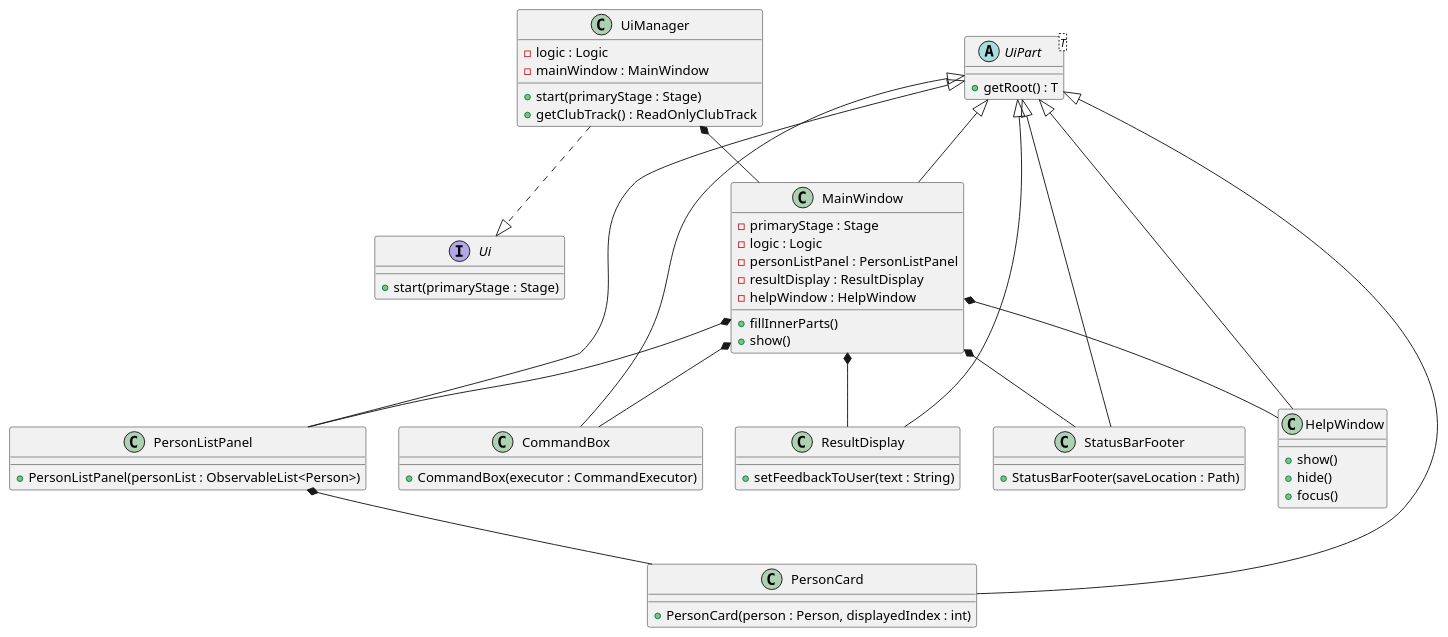
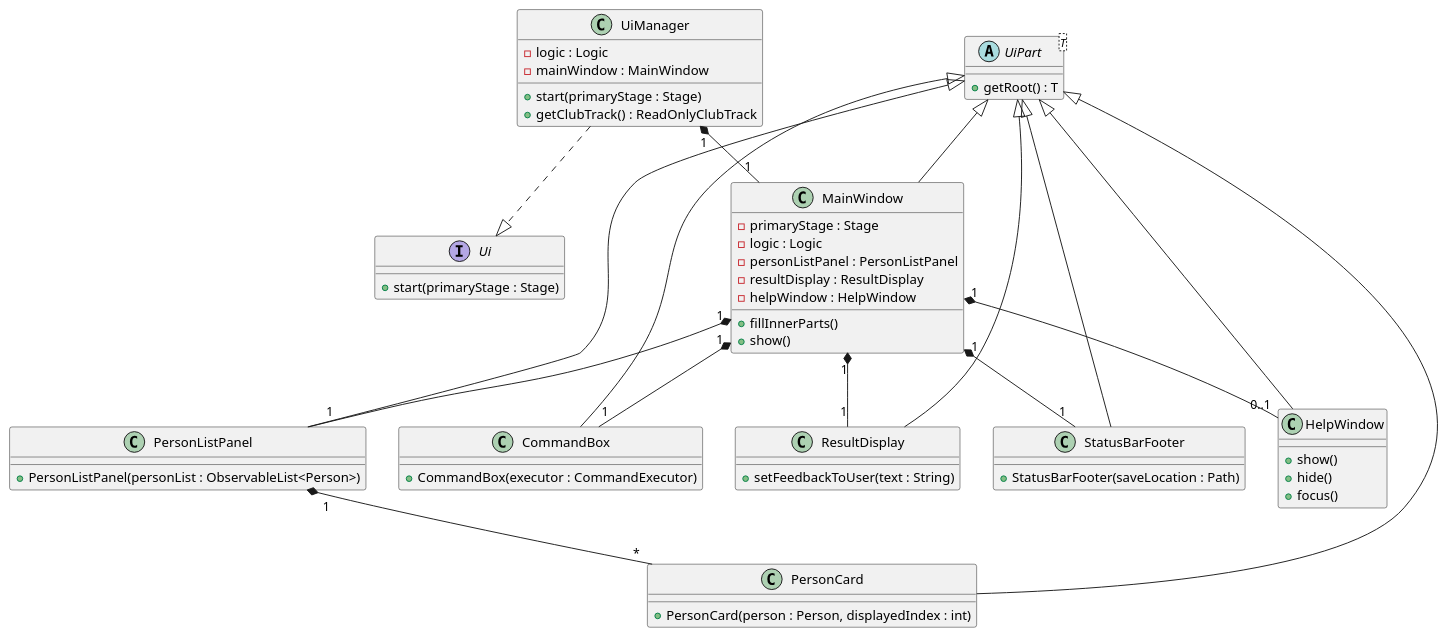
Before and after one commit to javierchuaby/tp: the diagram in docs/diagrams/UiClassDiagram.puml, drawn with PlantUML. The commit also changed 7 other files, not shown here.

Commit message:
Improve UML diagram

```diff
--- a/docs/diagrams/UiClassDiagram.puml
+++ b/docs/diagrams/UiClassDiagram.puml
@@ -1,75 +1,75 @@
 @startuml
 
 ' ===== UI slice =====
 
 interface Ui {
 + start(primaryStage : Stage)
 }
 
 abstract class UiPart<T> {
 + getRoot() : T
 }
 
 class UiManager {
 - logic : Logic
 - mainWindow : MainWindow
 + start(primaryStage : Stage)
 + getClubTrack() : ReadOnlyClubTrack
 }
 
 class MainWindow {
 - primaryStage : Stage
 - logic : Logic
 - personListPanel : PersonListPanel
 - resultDisplay : ResultDisplay
 - helpWindow : HelpWindow
 + fillInnerParts()
 + show()
 }
 
 class PersonListPanel {
 + PersonListPanel(personList : ObservableList<Person>)
 }
 
 class PersonCard {
 + PersonCard(person : Person, displayedIndex : int)
 }
 
 class CommandBox {
 + CommandBox(executor : CommandExecutor)
 }
 
 class ResultDisplay {
 + setFeedbackToUser(text : String)
 }
 
 class StatusBarFooter {
 + StatusBarFooter(saveLocation : Path)
 }
 
 class HelpWindow {
 + show()
 + hide()
 + focus()
 }
 
 ' Inheritance/implementation
 UiManager ..|> Ui
 UiPart <|-- MainWindow
 UiPart <|-- PersonListPanel
 UiPart <|-- PersonCard
 UiPart <|-- CommandBox
 UiPart <|-- ResultDisplay
 UiPart <|-- StatusBarFooter
 UiPart <|-- HelpWindow
 
 ' Composition/containment
-UiManager *-- MainWindow
-MainWindow *-- CommandBox
-MainWindow *-- ResultDisplay
-MainWindow *-- PersonListPanel
-MainWindow *-- StatusBarFooter
-MainWindow *-- HelpWindow
-PersonListPanel *-- PersonCard
+UiManager "1" *-- "1" MainWindow
+MainWindow "1" *-- "1" CommandBox
+MainWindow "1" *-- "1" ResultDisplay
+MainWindow "1" *-- "1" PersonListPanel
+MainWindow "1" *-- "1" StatusBarFooter
+MainWindow "1" *-- "0..1" HelpWindow
+PersonListPanel "1" *-- "*" PersonCard
 
 @enduml
```
